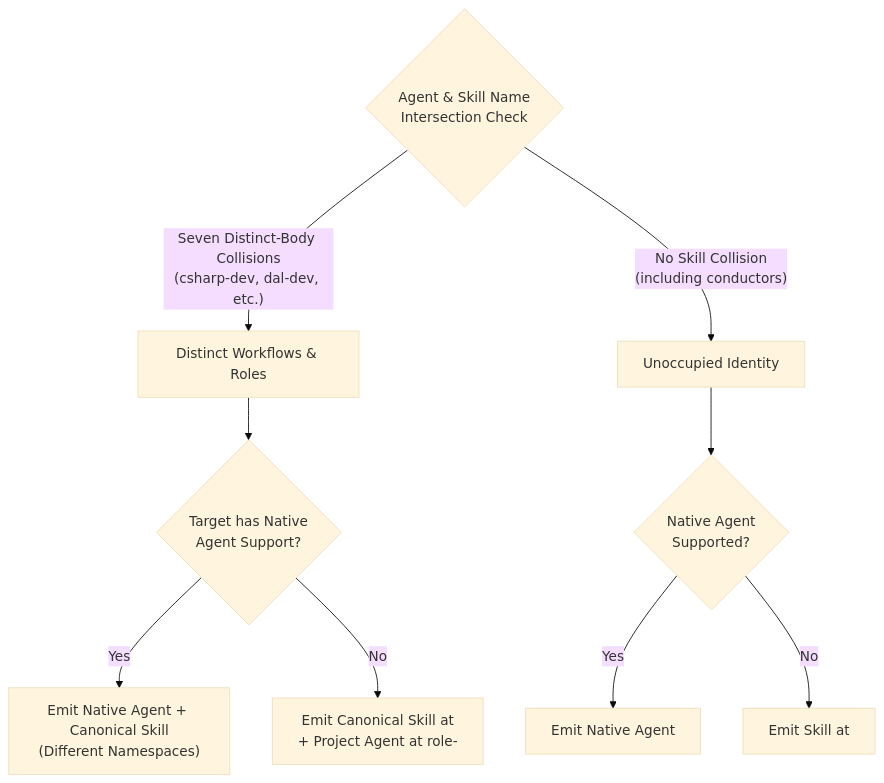
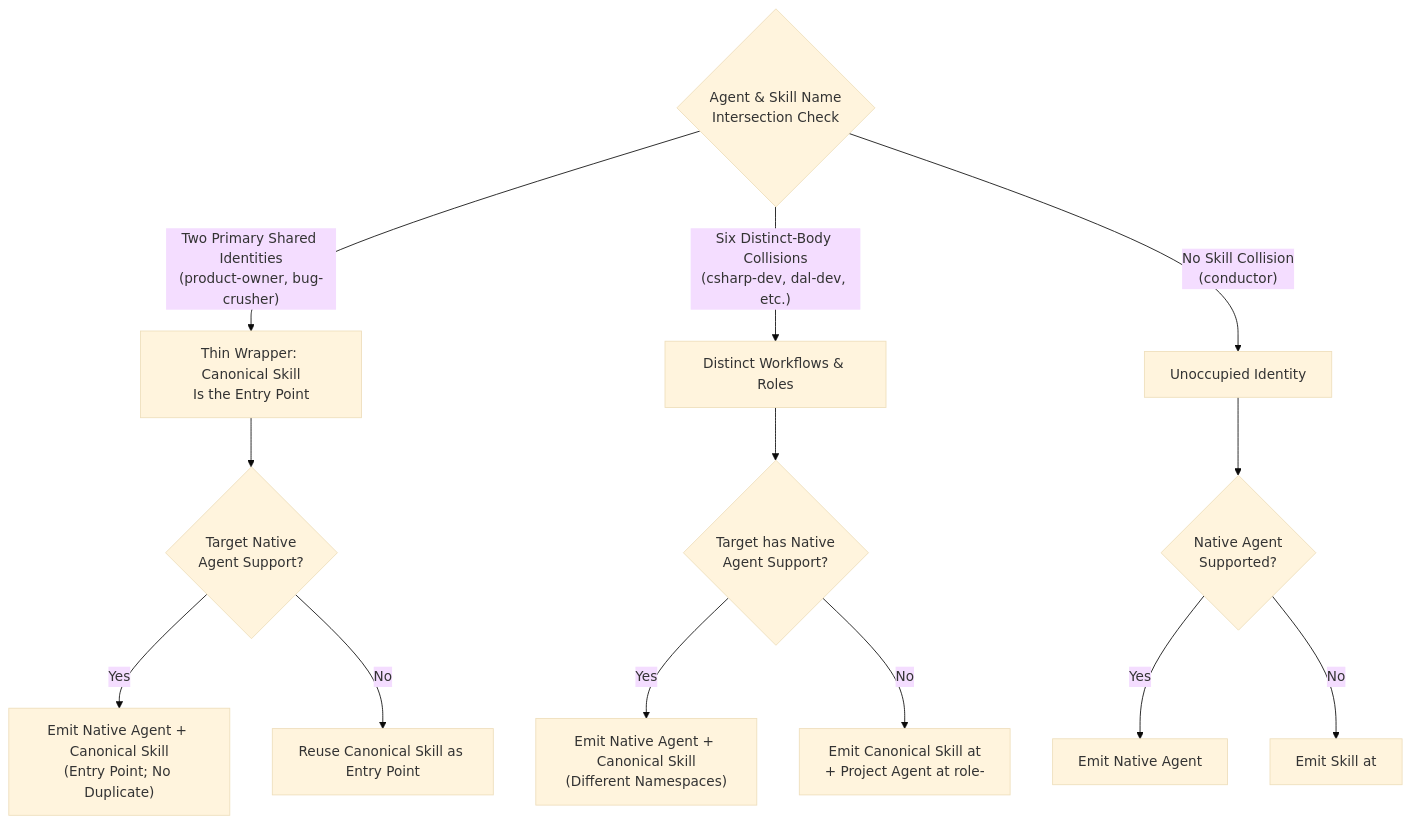
One commit to dpalfery/kyber-weave changed the third of 5 diagrams in docs/kyber-squad/architecture.md. Above: the diagram before and after it, drawn with Mermaid (base theme). The commit also changed other lines of this file and 41 other files, not shown here.

First line of the commit message:
feat(squad): make product-owner and bug-crusher primary root agents

````diff
--- a/docs/kyber-squad/architecture.md
+++ b/docs/kyber-squad/architecture.md
@@ -142,15 +146,20 @@
 ```mermaid
 flowchart TD
     Intersection{"Agent & Skill Name\nIntersection Check"}
-    
-    Intersection -->|"Seven Distinct-Body Collisions\n(csharp-dev, dal-dev, etc.)"| CollisionPath["Distinct Workflows & Roles"]
-    Intersection -->|"No Skill Collision\n(including conductors)"| UnoccupiedPath["Unoccupied Identity"]
+
+    Intersection -->|"Two Primary Shared Identities\n(product-owner, bug-crusher)"| SharedPath["Thin Wrapper: Canonical Skill\nIs the Entry Point"]
+    Intersection -->|"Six Distinct-Body Collisions\n(csharp-dev, dal-dev, etc.)"| CollisionPath["Distinct Workflows & Roles"]
+    Intersection -->|"No Skill Collision\n(conductor)"| UnoccupiedPath["Unoccupied Identity"]
+
+    SharedPath --> SharedCheck{"Target Native\nAgent Support?"}
+    SharedCheck -->|"Yes"| SharedNative["Emit Native Agent + Canonical Skill\n(Entry Point; No Duplicate)"]
+    SharedCheck -->|"No"| SharedLower["Reuse Canonical Skill as Entry Point"]
 
     CollisionPath --> FallbackCheck{"Target has Native\nAgent Support?"}
     FallbackCheck -->|"Yes"| NativeBoth["Emit Native Agent + Canonical Skill\n(Different Namespaces)"]
     FallbackCheck -->|"No"| LowerPrefixed["Emit Canonical Skill at <name>\n+ Project Agent at role-<name>"]
 
     UnoccupiedPath --> UnoccupiedCheck{"Native Agent\nSupported?"}
     UnoccupiedCheck -->|"Yes"| NativeAgent["Emit Native Agent"]
     UnoccupiedCheck -->|"No"| LowerDirect["Emit Skill at <name>"]
 ```
````
